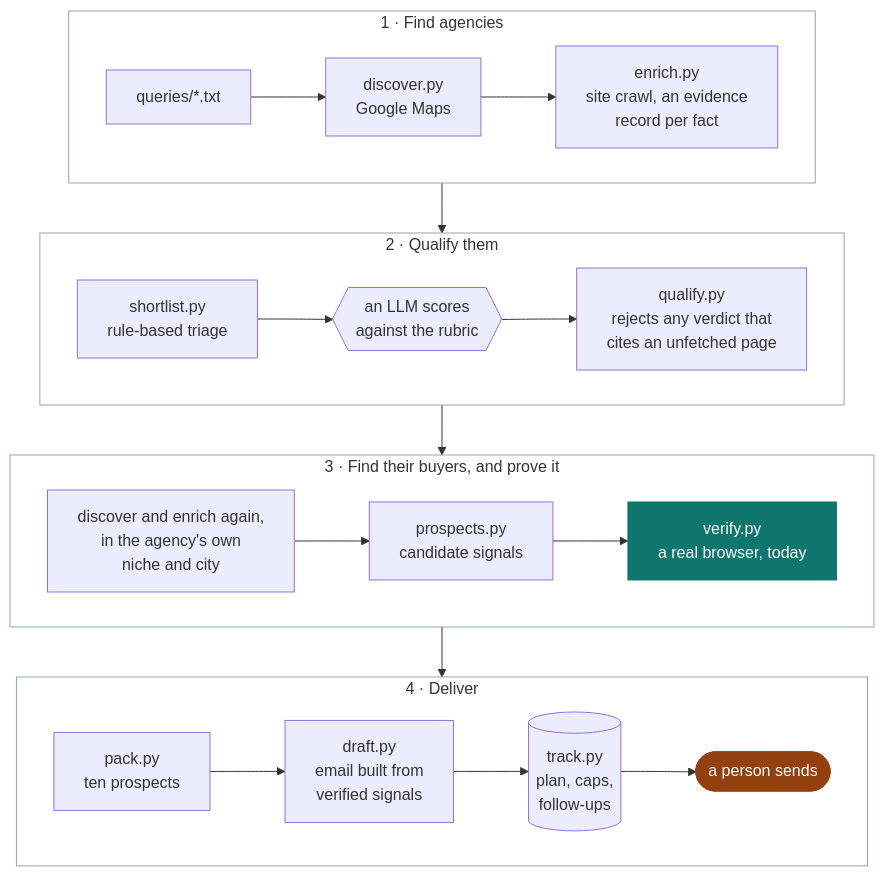
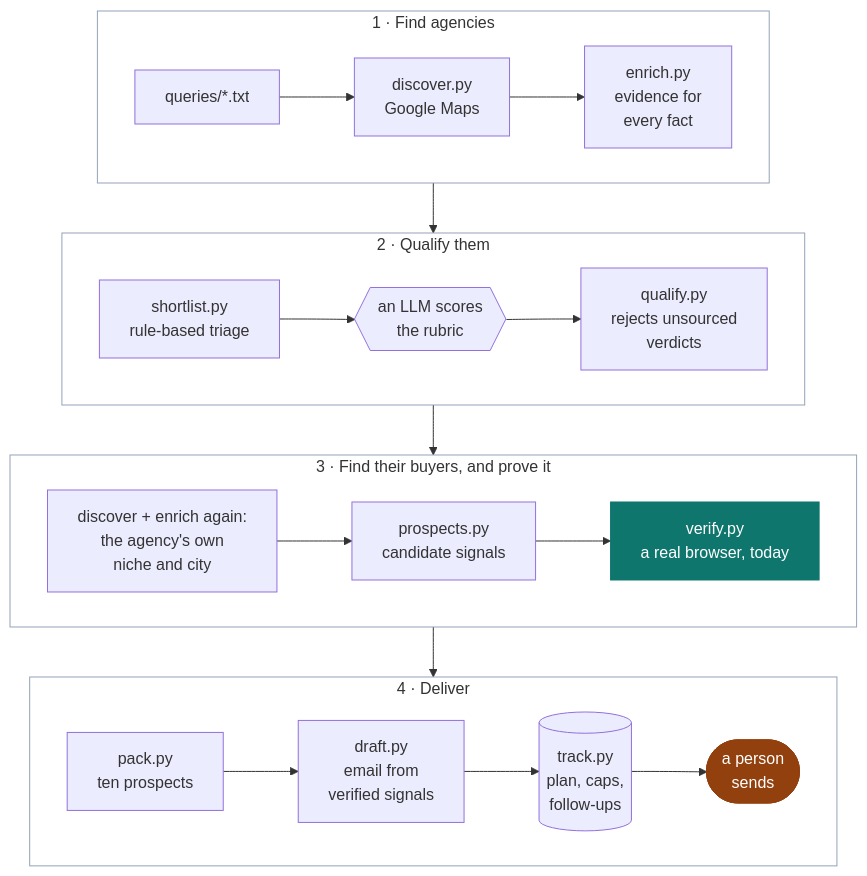
Before and after one commit to TaimourKhan2132/Lead-Forge: the second of 3 diagrams in README.md, drawn with Mermaid. The commit also changed other lines of this file, not shown here.

Commit message:
README: a badge that loads behind GitHub's image proxy, and narrower diagram lanes

````diff
--- a/README.md
+++ b/README.md
@@ -196,29 +196,29 @@
 ```mermaid
 flowchart TB
     subgraph FIND ["1 · Find agencies"]
         direction LR
-        Q["queries/*.txt"] --> D["discover.py<br/>Google Maps"] --> E["enrich.py<br/>site crawl, an evidence<br/>record per fact"]
+        Q["queries/*.txt"] --> D["discover.py<br/>Google Maps"] --> E["enrich.py<br/>evidence for<br/>every fact"]
     end
     subgraph JUDGE ["2 · Qualify them"]
         direction LR
-        S["shortlist.py<br/>rule-based triage"] --> L{{"an LLM scores<br/>against the rubric"}} --> V["qualify.py<br/>rejects any verdict that<br/>cites an unfetched page"]
+        S["shortlist.py<br/>rule-based triage"] --> L{{"an LLM scores<br/>the rubric"}} --> V["qualify.py<br/>rejects unsourced<br/>verdicts"]
     end
     subgraph PROVE ["3 · Find their buyers, and prove it"]
         direction LR
-        A2["discover and enrich again,<br/>in the agency's own<br/>niche and city"] --> P["prospects.py<br/>candidate signals"] --> Y["verify.py<br/>a real browser, today"]
+        A2["discover + enrich again:<br/>the agency's own<br/>niche and city"] --> P["prospects.py<br/>candidate signals"] --> Y["verify.py<br/>a real browser, today"]
     end
     subgraph DELIVER ["4 · Deliver"]
         direction LR
-        K["pack.py<br/>ten prospects"] --> R["draft.py<br/>email built from<br/>verified signals"] --> T[("track.py<br/>plan, caps,<br/>follow-ups")] --> H(["a person sends"])
+        K["pack.py<br/>ten prospects"] --> R["draft.py<br/>email from<br/>verified signals"] --> T[("track.py<br/>plan, caps,<br/>follow-ups")] --> H(["a person<br/>sends"])
     end
     FIND --> JUDGE --> PROVE --> DELIVER
 
     classDef human fill:#92400e,stroke:#92400e,color:#ffffff
     classDef browser fill:#0f766e,stroke:#0f766e,color:#ffffff
     class H human
     class Y browser
     style FIND fill:none,stroke:#94a3b8
     style JUDGE fill:none,stroke:#94a3b8
     style PROVE fill:none,stroke:#94a3b8
     style DELIVER fill:none,stroke:#94a3b8
 ```
````
